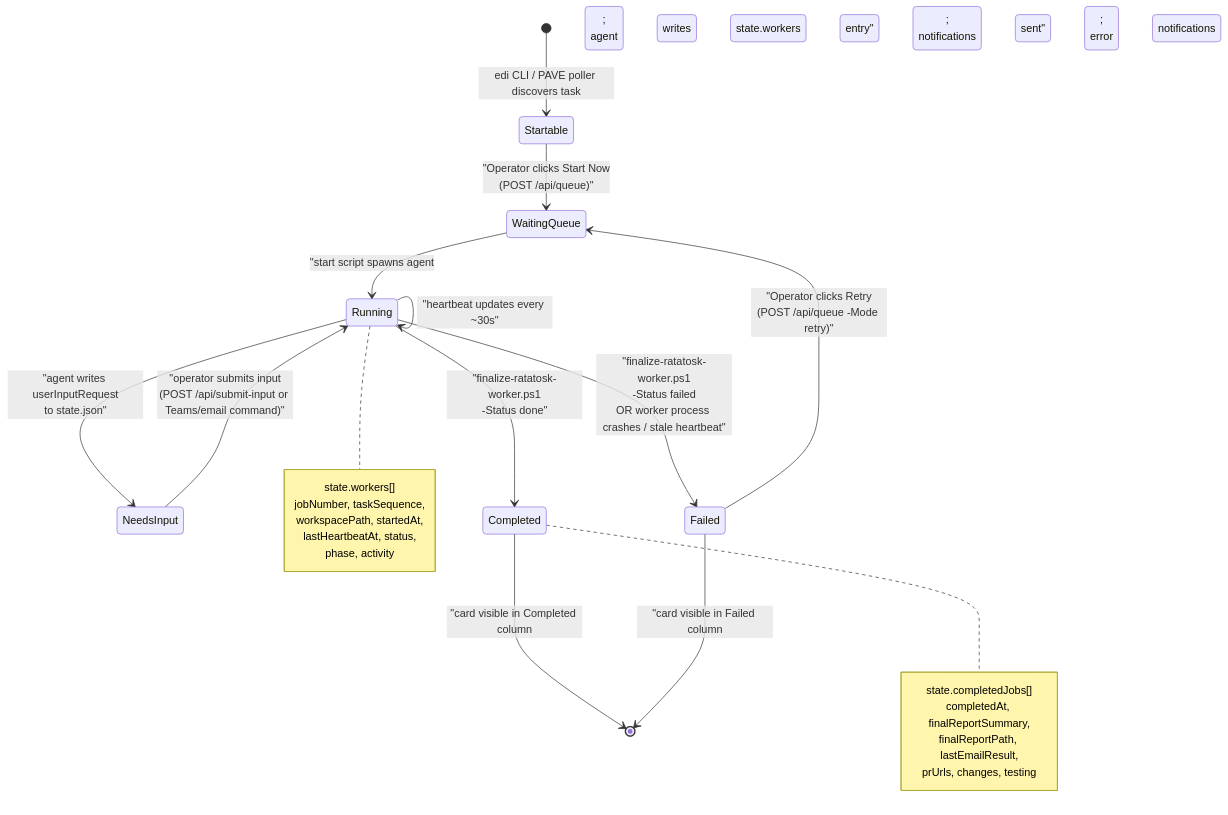
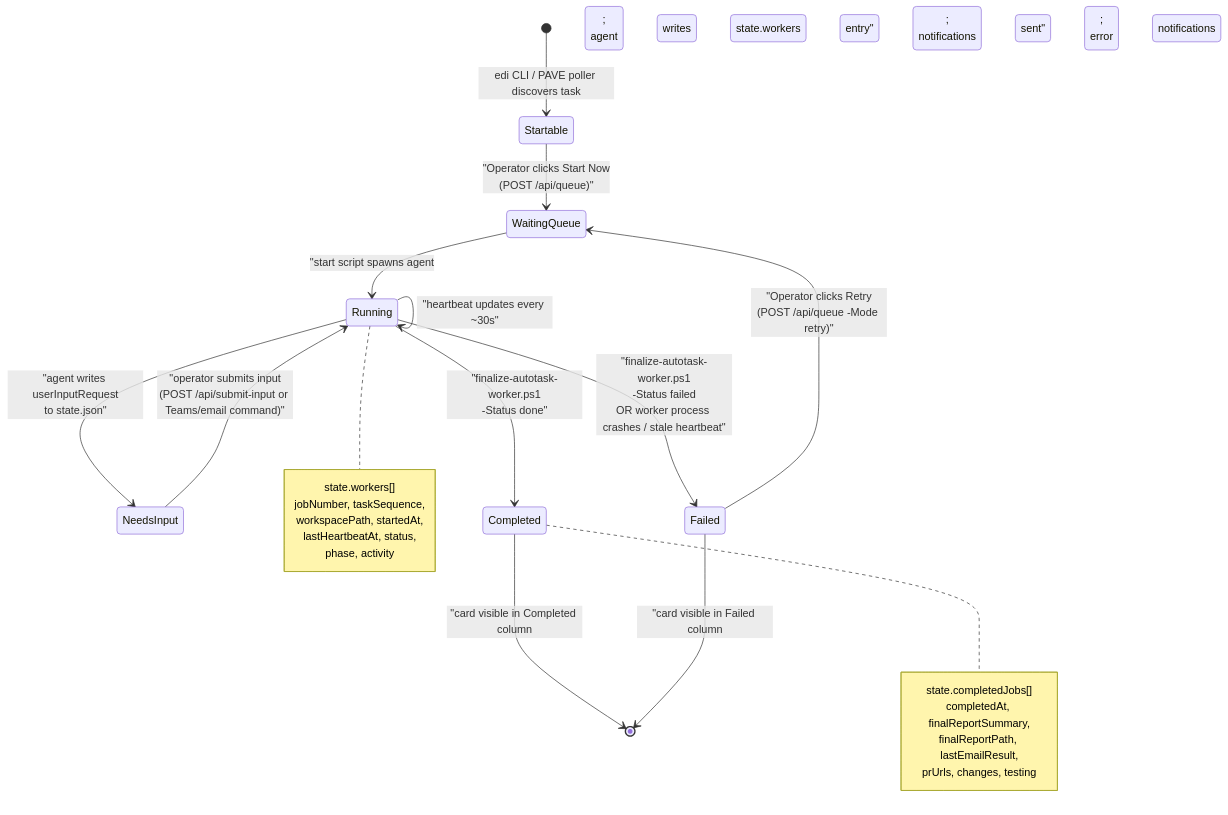
Before and after one commit to cat-hoang/ai-studio: the fourth of 12 diagrams in docs/architecture-overview.md, drawn with Mermaid. The commit also changed other lines of this file and 68 other files, not shown here.

````diff
--- a/docs/architecture-overview.md
+++ b/docs/architecture-overview.md
@@ -260,39 +260,39 @@
 ```mermaid
 stateDiagram-v2
     [*] --> Startable : edi CLI / PAVE poller discovers task
 
     Startable --> WaitingQueue : "Operator clicks Start Now<br/>(POST /api/queue)"
 
     WaitingQueue --> Running : "start script spawns agent;<br/>agent writes state.workers entry"
 
     Running --> Running : "heartbeat updates every ~30s"
 
     Running --> NeedsInput : "agent writes userInputRequest<br/>to state.json"
 
     NeedsInput --> Running : "operator submits input<br/>(POST /api/submit-input or Teams/email command)"
 
-    Running --> Completed : "finalize-ratatosk-worker.ps1<br/>-Status done"
+    Running --> Completed : "finalize-autotask-worker.ps1<br/>-Status done"
 
-    Running --> Failed : "finalize-ratatosk-worker.ps1<br/>-Status failed<br/>OR worker process crashes / stale heartbeat"
+    Running --> Failed : "finalize-autotask-worker.ps1<br/>-Status failed<br/>OR worker process crashes / stale heartbeat"
 
     Completed --> [*] : "card visible in Completed column;<br/>notifications sent"
 
     Failed --> [*] : "card visible in Failed column;<br/>error notifications sent"
 
     Failed --> WaitingQueue : "Operator clicks Retry<br/>(POST /api/queue -Mode retry)"
 
     note right of Running
         state.workers[]
         jobNumber, taskSequence,
         workspacePath, startedAt,
         lastHeartbeatAt, status,
         phase, activity
     end note
 
     note right of Completed
         state.completedJobs[]
         completedAt, finalReportSummary,
         finalReportPath, lastEmailResult,
         prUrls, changes, testing
     end note
 ```
````
